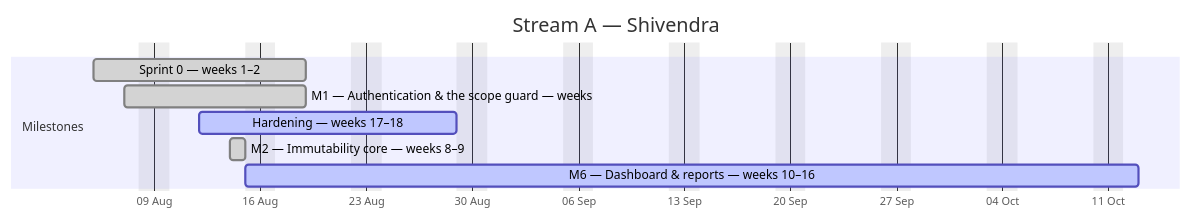
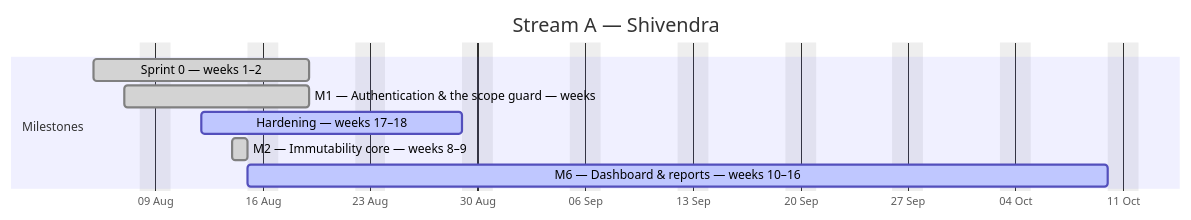
One commit to debashisedunext/EduTrack changed the first of 4 diagrams in docs/plan/GANTT.md. Above: the diagram before and after it, drawn with Mermaid. The commit also changed other lines of this file and 3 other files, not shown here.

````diff
--- a/docs/plan/GANTT.md
+++ b/docs/plan/GANTT.md
@@ -108,13 +107,13 @@
 ```mermaid
 gantt
     dateFormat YYYY-MM-DD
     axisFormat %d %b
     title Stream A — Shivendra
     excludes weekends
     section Milestones
     Sprint 0 — weeks 1–2 :done, a0, 2026-08-05, 10d
     M1 — Authentication & the scope guard — weeks :done, a1, 2026-08-07, 8d
     Hardening — weeks 17–18 :active, a2, 2026-08-12, 13d
     M2 — Immutability core — weeks 8–9 :done, a3, 2026-08-14, 1d
-    M6 — Dashboard & reports — weeks 10–16 :active, a4, 2026-08-15, 42d
+    M6 — Dashboard & reports — weeks 10–16 :active, a4, 2026-08-15, 41d
 ```
````
